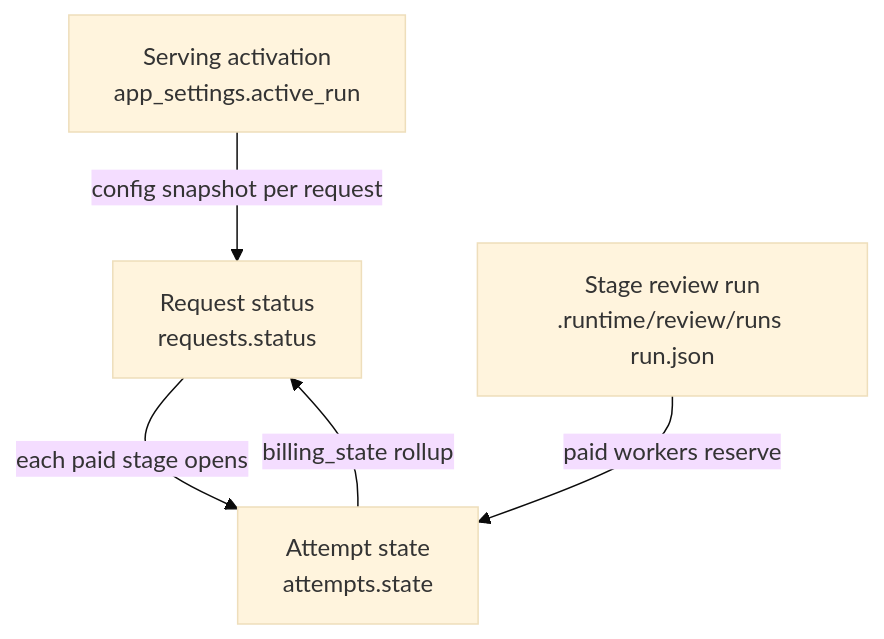
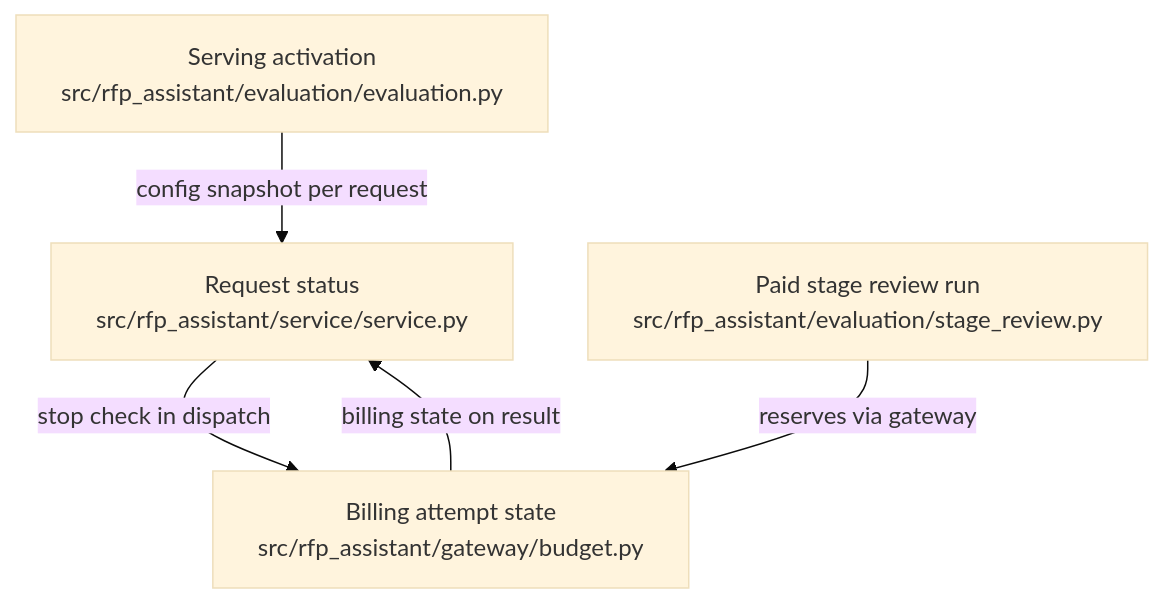
One commit to littleeeeebit/project-codeit-mid changed the diagram in .omm/state-transitions/diagram.mmd. Above: the diagram before and after it, drawn with Mermaid (base theme). The commit also changed 400 other files, not shown here.

```diff
--- a/.omm/state-transitions/diagram.mmd
+++ b/.omm/state-transitions/diagram.mmd
@@ -1,5 +1,9 @@
 graph TD
-  request-states["Request status\nrequests.status"] -->|each paid stage opens| attempt-states["Attempt state\nattempts.state"]
-  attempt-states -->|billing_state rollup| request-states
-  serving-activation["Serving activation\napp_settings.active_run"] -->|config snapshot per request| request-states
-  stage-review-run["Stage review run\n.runtime/review/runs run.json"] -->|paid workers reserve| attempt-states
+  requests["Request status\nsrc/rfp_assistant/service/service.py"]
+  attempts["Billing attempt state\nsrc/rfp_assistant/gateway/budget.py"]
+  stagerun["Paid stage review run\nsrc/rfp_assistant/evaluation/stage_review.py"]
+  activation["Serving activation\nsrc/rfp_assistant/evaluation/evaluation.py"]
+  requests -->|stop check in dispatch| attempts
+  attempts -->|billing state on result| requests
+  stagerun -->|reserves via gateway| attempts
+  activation -->|config snapshot per request| requests
```
